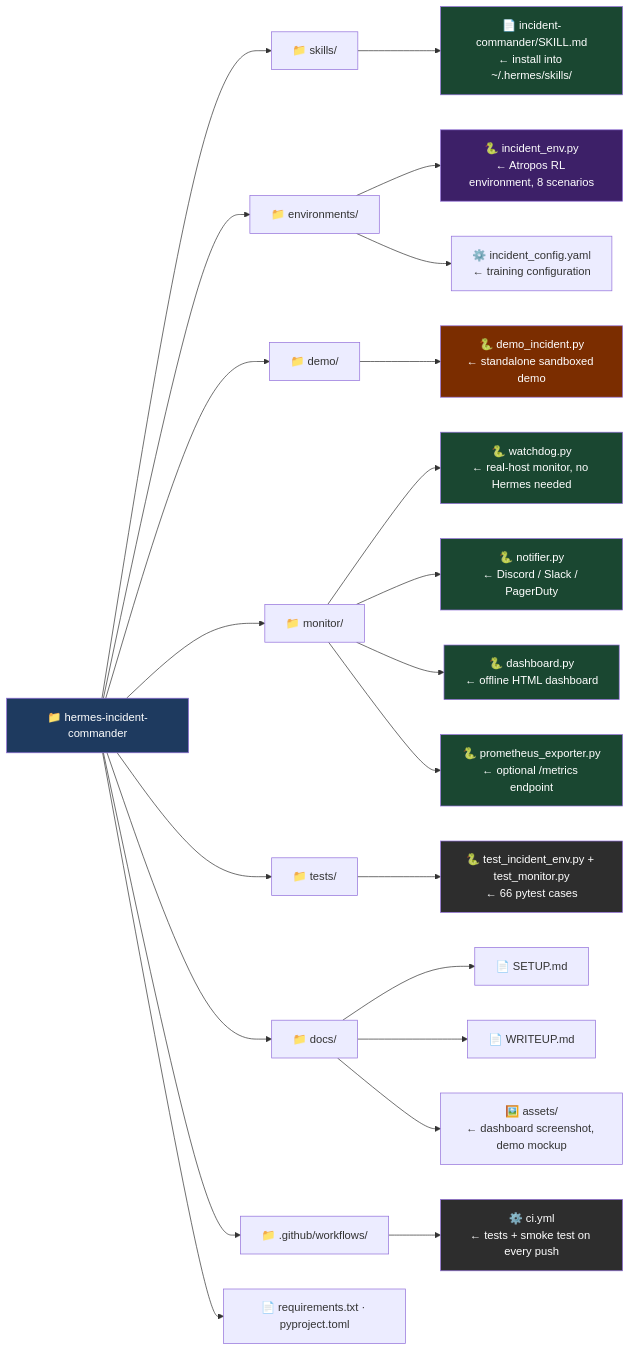
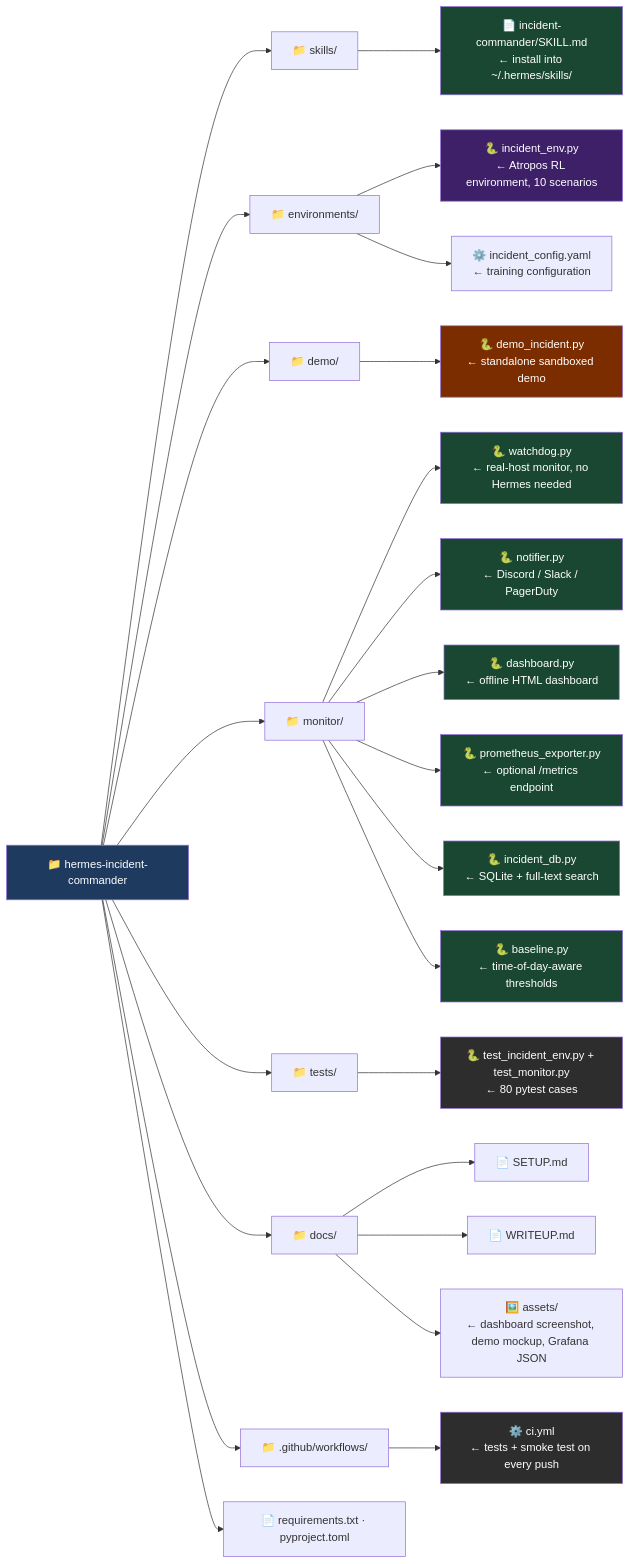
One commit to Lethe044/hermes-incident-commander changed the second of 3 diagrams in README.md. Above: the diagram before and after it, drawn with Mermaid. The commit also changed other lines of this file and 12 other files, not shown here.

Commit message:
v2.2.0: ECS/Lambda scenarios, SQLite incident search, adaptive thresholds, Grafana dashboard

````diff
--- a/README.md
+++ b/README.md
@@ -232,44 +266,48 @@
 ```mermaid
 graph LR
     ROOT["📁 hermes-incident-commander"]
 
     ROOT --> SKILLS["📁 skills/"]
     ROOT --> ENVS["📁 environments/"]
     ROOT --> DEMO["📁 demo/"]
     ROOT --> MON["📁 monitor/"]
     ROOT --> TESTS["📁 tests/"]
     ROOT --> DOCS["📁 docs/"]
     ROOT --> CI["📁 .github/workflows/"]
     ROOT --> REQ["📄 requirements.txt · pyproject.toml"]
 
     SKILLS --> SKILL_MD["📄 incident-commander/SKILL.md<br/>← install into ~/.hermes/skills/"]
 
-    ENVS --> ENV_PY["🐍 incident_env.py<br/>← Atropos RL environment, 8 scenarios"]
+    ENVS --> ENV_PY["🐍 incident_env.py<br/>← Atropos RL environment, 10 scenarios"]
     ENVS --> ENV_CFG["⚙️ incident_config.yaml<br/>← training configuration"]
 
     DEMO --> DEMO_PY["🐍 demo_incident.py<br/>← standalone sandboxed demo"]
 
     MON --> WATCHDOG["🐍 watchdog.py<br/>← real-host monitor, no Hermes needed"]
     MON --> NOTIFY["🐍 notifier.py<br/>← Discord / Slack / PagerDuty"]
     MON --> DASH["🐍 dashboard.py<br/>← offline HTML dashboard"]
     MON --> PROM["🐍 prometheus_exporter.py<br/>← optional /metrics endpoint"]
+    MON --> IDB["🐍 incident_db.py<br/>← SQLite + full-text search"]
+    MON --> BASE["🐍 baseline.py<br/>← time-of-day-aware thresholds"]
 
-    TESTS --> TEST_PY["🐍 test_incident_env.py + test_monitor.py<br/>← 66 pytest cases"]
+    TESTS --> TEST_PY["🐍 test_incident_env.py + test_monitor.py<br/>← 80 pytest cases"]
 
     DOCS --> SETUP["📄 SETUP.md"]
     DOCS --> WRITEUP["📄 WRITEUP.md"]
-    DOCS --> ASSETS["🖼️ assets/<br/>← dashboard screenshot, demo mockup"]
+    DOCS --> ASSETS["🖼️ assets/<br/>← dashboard screenshot, demo mockup, Grafana JSON"]
 
     CI --> CIWORKFLOW["⚙️ ci.yml<br/>← tests + smoke test on every push"]
 
     style ROOT fill:#1e3a5f,color:#fff
     style SKILL_MD fill:#1a4731,color:#fff
     style ENV_PY fill:#3d2068,color:#fff
     style DEMO_PY fill:#7b2d00,color:#fff
     style TEST_PY fill:#2d2d2d,color:#fff
     style WATCHDOG fill:#1a4731,color:#fff
     style NOTIFY fill:#1a4731,color:#fff
     style DASH fill:#1a4731,color:#fff
     style PROM fill:#1a4731,color:#fff
+    style IDB fill:#1a4731,color:#fff
+    style BASE fill:#1a4731,color:#fff
     style CIWORKFLOW fill:#2d2d2d,color:#fff
 ```
````
